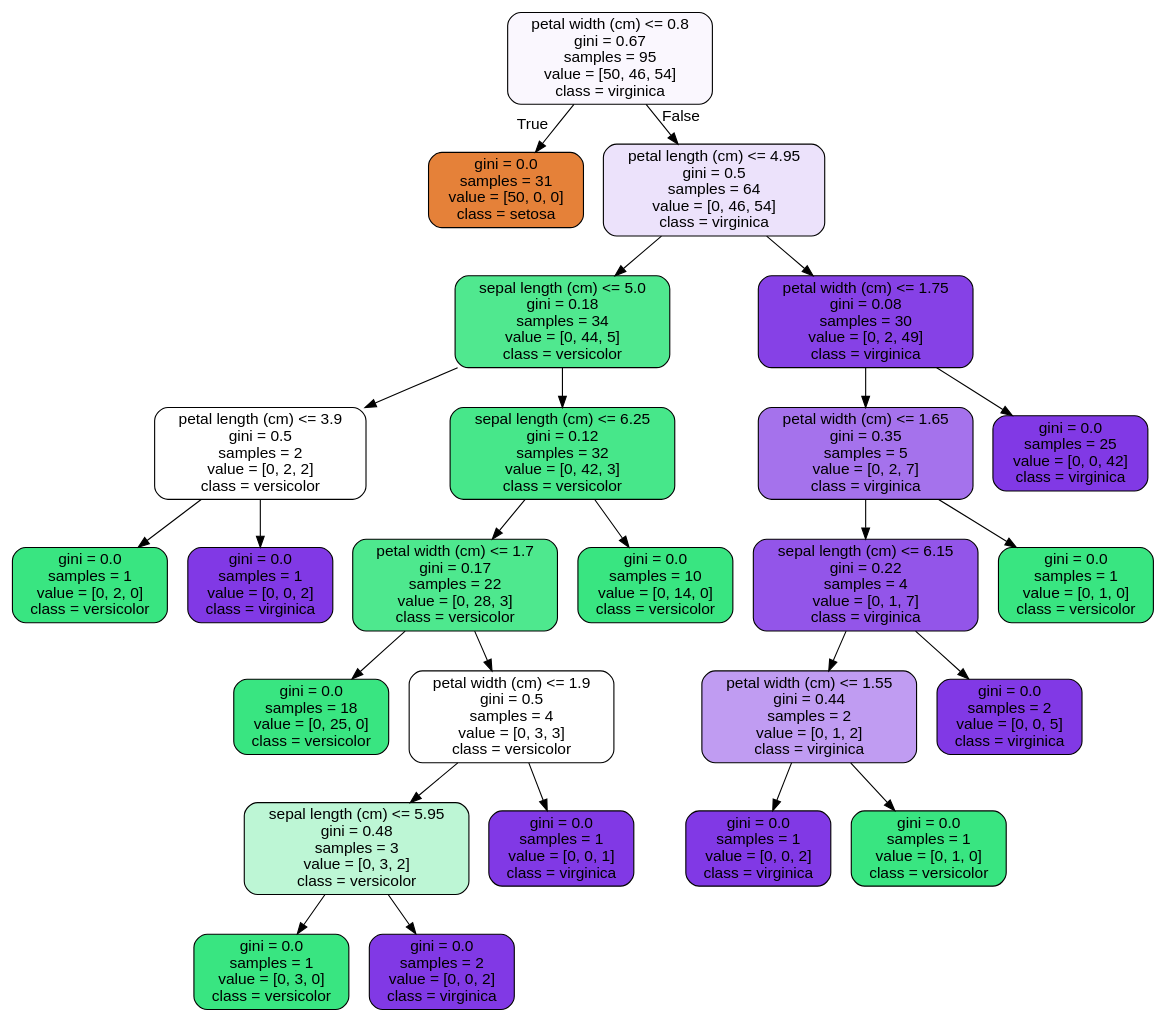
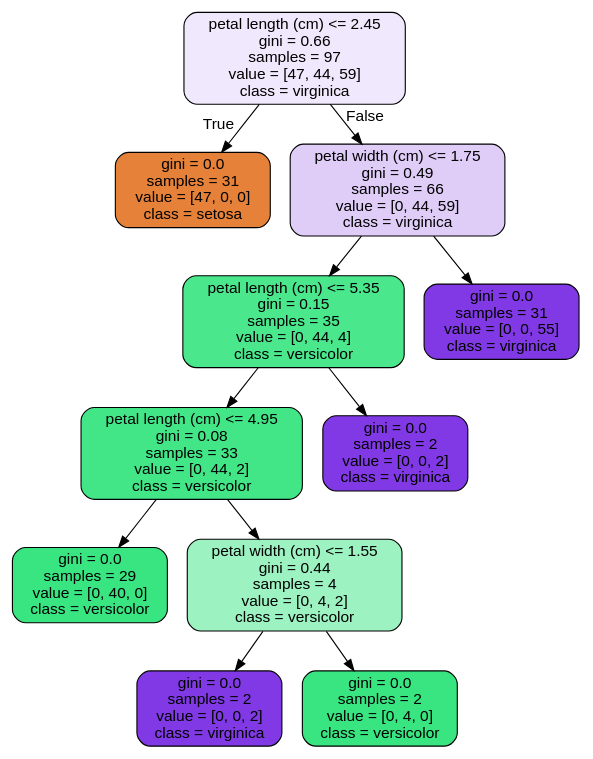
The diagram in Random Forest/tree.dot (fw9228/Supervised-Learning), drawn with Graphviz before and after one commit.

Commit message:
Update tree.dot
Worked on Project

```diff
--- a/Random Forest/tree.dot
+++ b/Random Forest/tree.dot
@@ -1,53 +1,25 @@
 digraph Tree {
 node [shape=box, style="filled, rounded", color="black", fontname=helvetica] ;
 edge [fontname=helvetica] ;
-0 [label="petal width (cm) <= 0.8\ngini = 0.67\nsamples = 95\nvalue = [50, 46, 54]\nclass = virginica", fillcolor="#faf7fe"] ;
-1 [label="gini = 0.0\nsamples = 31\nvalue = [50, 0, 0]\nclass = setosa", fillcolor="#e58139"] ;
+0 [label="petal length (cm) <= 2.45\ngini = 0.66\nsamples = 97\nvalue = [47, 44, 59]\nclass = virginica", fillcolor="#f0e8fc"] ;
+1 [label="gini = 0.0\nsamples = 31\nvalue = [47, 0, 0]\nclass = setosa", fillcolor="#e58139"] ;
 0 -> 1 [labeldistance=2.5, labelangle=45, headlabel="True"] ;
-2 [label="petal length (cm) <= 4.95\ngini = 0.5\nsamples = 64\nvalue = [0, 46, 54]\nclass = virginica", fillcolor="#ece2fb"] ;
+2 [label="petal width (cm) <= 1.75\ngini = 0.49\nsamples = 66\nvalue = [0, 44, 59]\nclass = virginica", fillcolor="#dfcdf8"] ;
 0 -> 2 [labeldistance=2.5, labelangle=-45, headlabel="False"] ;
-3 [label="sepal length (cm) <= 5.0\ngini = 0.18\nsamples = 34\nvalue = [0, 44, 5]\nclass = versicolor", fillcolor="#50e88f"] ;
+3 [label="petal length (cm) <= 5.35\ngini = 0.15\nsamples = 35\nvalue = [0, 44, 4]\nclass = versicolor", fillcolor="#4be78c"] ;
 2 -> 3 ;
-4 [label="petal length (cm) <= 3.9\ngini = 0.5\nsamples = 2\nvalue = [0, 2, 2]\nclass = versicolor", fillcolor="#ffffff"] ;
+4 [label="petal length (cm) <= 4.95\ngini = 0.08\nsamples = 33\nvalue = [0, 44, 2]\nclass = versicolor", fillcolor="#42e687"] ;
 3 -> 4 ;
-5 [label="gini = 0.0\nsamples = 1\nvalue = [0, 2, 0]\nclass = versicolor", fillcolor="#39e581"] ;
+5 [label="gini = 0.0\nsamples = 29\nvalue = [0, 40, 0]\nclass = versicolor", fillcolor="#39e581"] ;
 4 -> 5 ;
-6 [label="gini = 0.0\nsamples = 1\nvalue = [0, 0, 2]\nclass = virginica", fillcolor="#8139e5"] ;
+6 [label="petal width (cm) <= 1.55\ngini = 0.44\nsamples = 4\nvalue = [0, 4, 2]\nclass = versicolor", fillcolor="#9cf2c0"] ;
 4 -> 6 ;
-7 [label="sepal length (cm) <= 6.25\ngini = 0.12\nsamples = 32\nvalue = [0, 42, 3]\nclass = versicolor", fillcolor="#47e78a"] ;
-3 -> 7 ;
-8 [label="petal width (cm) <= 1.7\ngini = 0.17\nsamples = 22\nvalue = [0, 28, 3]\nclass = versicolor", fillcolor="#4ee88e"] ;
-7 -> 8 ;
-9 [label="gini = 0.0\nsamples = 18\nvalue = [0, 25, 0]\nclass = versicolor", fillcolor="#39e581"] ;
-8 -> 9 ;
-10 [label="petal width (cm) <= 1.9\ngini = 0.5\nsamples = 4\nvalue = [0, 3, 3]\nclass = versicolor", fillcolor="#ffffff"] ;
-8 -> 10 ;
-11 [label="sepal length (cm) <= 5.95\ngini = 0.48\nsamples = 3\nvalue = [0, 3, 2]\nclass = versicolor", fillcolor="#bdf6d5"] ;
-10 -> 11 ;
-12 [label="gini = 0.0\nsamples = 1\nvalue = [0, 3, 0]\nclass = versicolor", fillcolor="#39e581"] ;
-11 -> 12 ;
-13 [label="gini = 0.0\nsamples = 2\nvalue = [0, 0, 2]\nclass = virginica", fillcolor="#8139e5"] ;
-11 -> 13 ;
-14 [label="gini = 0.0\nsamples = 1\nvalue = [0, 0, 1]\nclass = virginica", fillcolor="#8139e5"] ;
-10 -> 14 ;
-15 [label="gini = 0.0\nsamples = 10\nvalue = [0, 14, 0]\nclass = versicolor", fillcolor="#39e581"] ;
-7 -> 15 ;
-16 [label="petal width (cm) <= 1.75\ngini = 0.08\nsamples = 30\nvalue = [0, 2, 49]\nclass = virginica", fillcolor="#8641e6"] ;
-2 -> 16 ;
-17 [label="petal width (cm) <= 1.65\ngini = 0.35\nsamples = 5\nvalue = [0, 2, 7]\nclass = virginica", fillcolor="#a572ec"] ;
-16 -> 17 ;
-18 [label="sepal length (cm) <= 6.15\ngini = 0.22\nsamples = 4\nvalue = [0, 1, 7]\nclass = virginica", fillcolor="#9355e9"] ;
-17 -> 18 ;
-19 [label="petal width (cm) <= 1.55\ngini = 0.44\nsamples = 2\nvalue = [0, 1, 2]\nclass = virginica", fillcolor="#c09cf2"] ;
-18 -> 19 ;
-20 [label="gini = 0.0\nsamples = 1\nvalue = [0, 0, 2]\nclass = virginica", fillcolor="#8139e5"] ;
-19 -> 20 ;
-21 [label="gini = 0.0\nsamples = 1\nvalue = [0, 1, 0]\nclass = versicolor", fillcolor="#39e581"] ;
-19 -> 21 ;
-22 [label="gini = 0.0\nsamples = 2\nvalue = [0, 0, 5]\nclass = virginica", fillcolor="#8139e5"] ;
-18 -> 22 ;
-23 [label="gini = 0.0\nsamples = 1\nvalue = [0, 1, 0]\nclass = versicolor", fillcolor="#39e581"] ;
-17 -> 23 ;
-24 [label="gini = 0.0\nsamples = 25\nvalue = [0, 0, 42]\nclass = virginica", fillcolor="#8139e5"] ;
-16 -> 24 ;
+7 [label="gini = 0.0\nsamples = 2\nvalue = [0, 0, 2]\nclass = virginica", fillcolor="#8139e5"] ;
+6 -> 7 ;
+8 [label="gini = 0.0\nsamples = 2\nvalue = [0, 4, 0]\nclass = versicolor", fillcolor="#39e581"] ;
+6 -> 8 ;
+9 [label="gini = 0.0\nsamples = 2\nvalue = [0, 0, 2]\nclass = virginica", fillcolor="#8139e5"] ;
+3 -> 9 ;
+10 [label="gini = 0.0\nsamples = 31\nvalue = [0, 0, 55]\nclass = virginica", fillcolor="#8139e5"] ;
+2 -> 10 ;
 }
```
